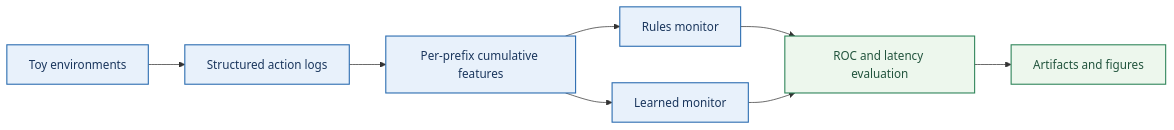
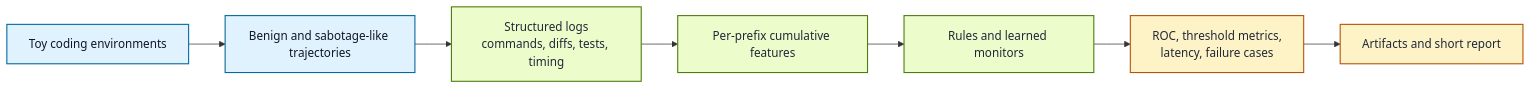
The diagram in README.md (rzuberi/async-guard-toy), drawn with Mermaid before and after one commit. The commit also changed other lines of this file and 31 other files, not shown here.

Commit message:
Improve benchmark outputs

````diff
--- a/README.md
+++ b/README.md
@@ -15,27 +138,28 @@
 ```mermaid
 flowchart LR
     accTitle: AsyncGuard-Toy Pipeline
-    accDescr: The benchmark generates safe coding-agent episodes, derives prefix features, scores them with monitors, and produces evaluation artifacts.
+    accDescr: Safe toy workspaces generate benign and sabotage-like traces, monitors score prefixes, and the benchmark writes quantitative outputs and report artifacts.
 
-    envs["Toy environments"]
-    logs["Structured action logs"]
+    envs["Toy coding environments"]
+    traj["Benign and sabotage-like trajectories"]
+    logs["Structured logs<br/>commands, diffs, tests, timing"]
     feats["Per-prefix cumulative features"]
-    rules["Rules monitor"]
-    learned["Learned monitor"]
-    eval["ROC and latency evaluation"]
-    figs["Artifacts and figures"]
+    monitors["Rules and learned monitors"]
+    eval["ROC, threshold metrics,<br/>latency, failure cases"]
+    report["Artifacts and short report"]
 
-    envs --> logs
+    envs --> traj
+    traj --> logs
     logs --> feats
-    feats --> rules
-    feats --> learned
-    rules --> eval
-    learned --> eval
-    eval --> figs
+    feats --> monitors
+    monitors --> eval
+    eval --> report
 
-    classDef core fill:#e8f1fb,stroke:#2b6cb0,stroke-width:1.5px,color:#1a365d
-    classDef evalc fill:#edf7ed,stroke:#2f855a,stroke-width:1.5px,color:#22543d
+    classDef env fill:#e0f2fe,stroke:#0369a1,stroke-width:1.5px,color:#0f172a
+    classDef core fill:#ecfccb,stroke:#4d7c0f,stroke-width:1.5px,color:#1f2937
+    classDef out fill:#fef3c7,stroke:#b45309,stroke-width:1.5px,color:#1f2937
 
-    class envs,logs,feats,rules,learned core
-    class eval,figs evalc
+    class envs,traj env
+    class logs,feats,monitors core
+    class eval,report out
 ```
````
